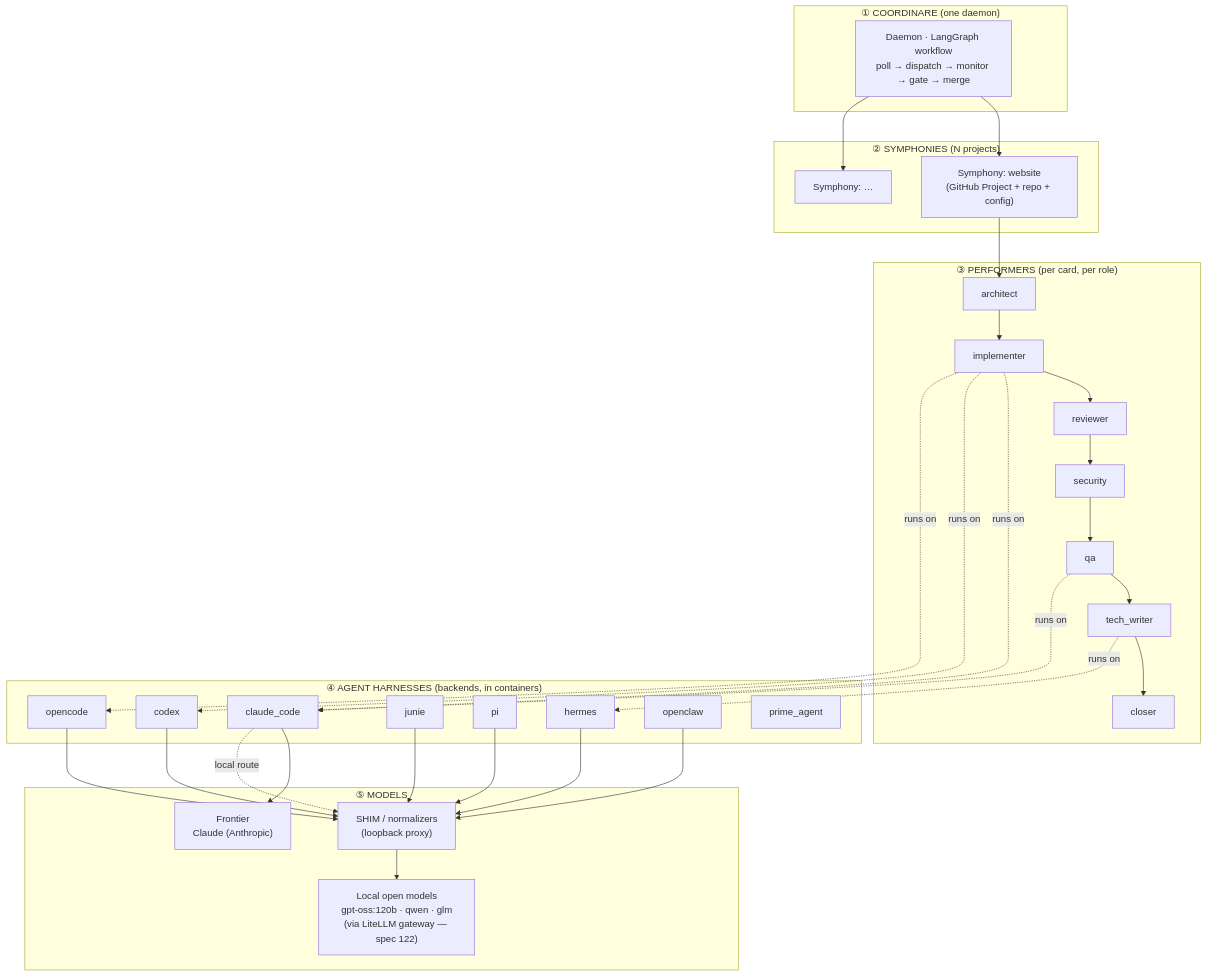
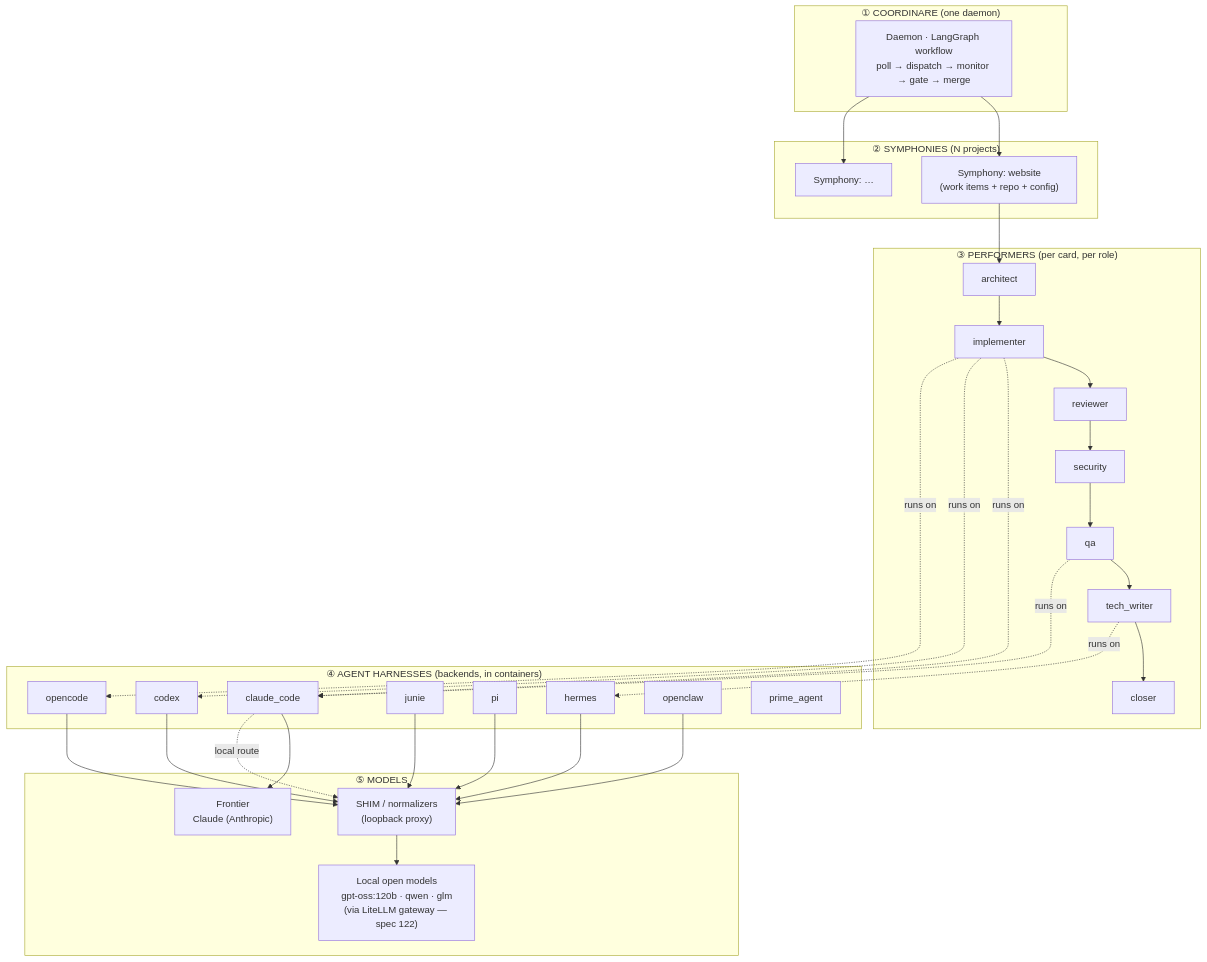
One commit to ViviDynamics/coordinare changed the first of 4 diagrams in docs/onboarding/02-architecture.md. Above: the diagram before and after it, drawn with Mermaid. The commit also changed other lines of this file and 18 other files, not shown here.

````diff
--- a/docs/onboarding/02-architecture.md
+++ b/docs/onboarding/02-architecture.md
@@ -8,37 +8,37 @@
 ```mermaid
 flowchart TB
   subgraph L1["① COORDINARE (one daemon)"]
     D["Daemon · LangGraph workflow<br/>poll → dispatch → monitor → gate → merge"]
   end
 
   subgraph L2["② SYMPHONIES (N projects)"]
-    S1["Symphony: website<br/>(GitHub Project + repo + config)"]
+    S1["Symphony: website<br/>(work items + repo + config)"]
     S2["Symphony: …<br/>"]
   end
 
   subgraph L3["③ PERFORMERS (per card, per role)"]
     P1["architect"]; P2["implementer"]; P3["reviewer"]
     P4["security"]; P5["qa"]; P6["tech_writer"]; P7["closer"]
   end
 
   subgraph L4["④ AGENT HARNESSES (backends, in containers)"]
     H1["claude_code"]; H2["codex"]; H3["opencode"]
     H4["junie"]; H5["pi"]; H6["hermes"]; H7["openclaw"]
     H8["prime_agent"]
   end
 
   subgraph L5["⑤ MODELS"]
     M1["Frontier<br/>Claude (Anthropic)"]
     SH["SHIM / normalizers<br/>(loopback proxy)"]
     M2["Local open models<br/>gpt-oss:120b · qwen · glm<br/>(via LiteLLM gateway — spec 122)"]
   end
 
   D --> S1 & S2
   S1 --> P1 --> P2 --> P3 --> P4 --> P5 --> P6 --> P7
   P2 -.runs on.-> H1 & H2 & H3
   P5 -.runs on.-> H1
   P6 -.runs on.-> H6
   H1 --> M1
   H2 & H3 & H4 & H5 & H6 & H7 --> SH --> M2
   H1 -.local route.-> SH
 ```
````
